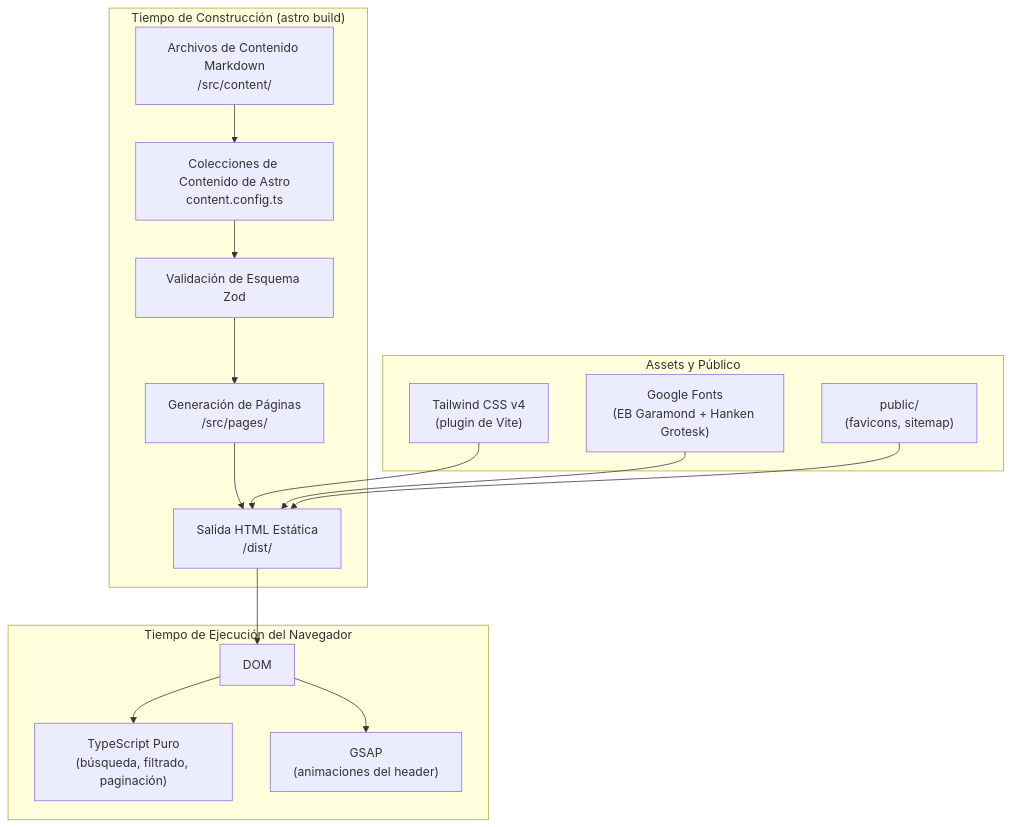
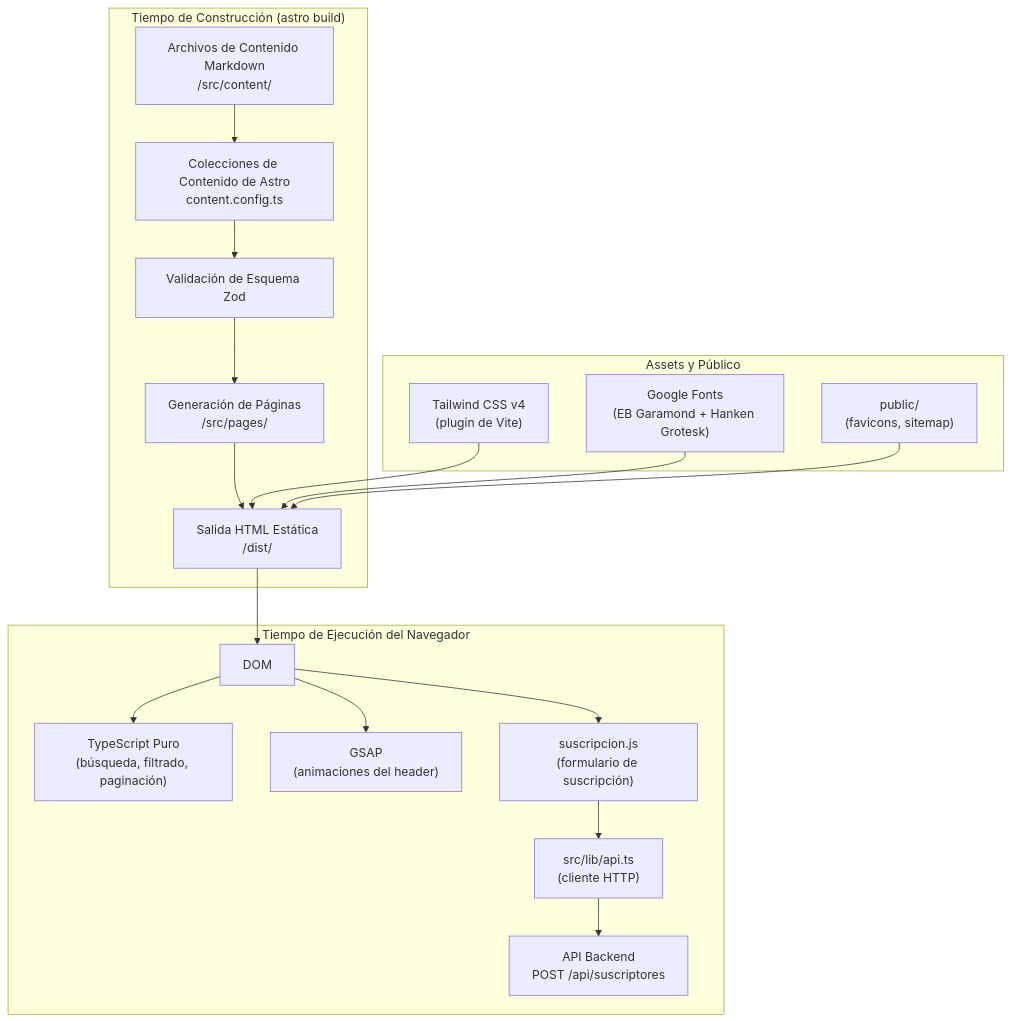
The first of 4 diagrams in docs/ARCHITECTURE.md (alps2005/ecotec-flora-medica), drawn with Mermaid before and after one commit. The commit also changed other lines of this file and 1 other file, not shown here.

````diff
--- a/docs/ARCHITECTURE.md
+++ b/docs/ARCHITECTURE.md
@@ -9,21 +9,24 @@
 ```mermaid
 flowchart TD
     subgraph Build["Tiempo de Construcción (astro build)"]
         MD["Archivos de Contenido Markdown\n/src/content/"] --> CC["Colecciones de Contenido de Astro\ncontent.config.ts"]
         CC --> ZOD["Validación de Esquema Zod"]
         ZOD --> PAGES["Generación de Páginas\n/src/pages/"]
         PAGES --> HTML["Salida HTML Estática\n/dist/"]
     end
 
     subgraph Runtime["Tiempo de Ejecución del Navegador"]
         HTML --> DOM["DOM"]
         DOM --> TS["TypeScript Puro\n(búsqueda, filtrado, paginación)"]
         DOM --> GSAP["GSAP\n(animaciones del header)"]
+        DOM --> SUB["suscripcion.js\n(formulario de suscripción)"]
+        SUB --> API["src/lib/api.ts\n(cliente HTTP)"]
+        API --> BACK["API Backend\nPOST /api/suscriptores"]
     end
 
     subgraph Assets["Assets y Público"]
         CSS["Tailwind CSS v4\n(plugin de Vite)"] --> HTML
         FONTS["Google Fonts\n(EB Garamond + Hanken Grotesk)"] --> HTML
         PUB["public/\n(favicons, sitemap)"] --> HTML
     end
 ```
````
